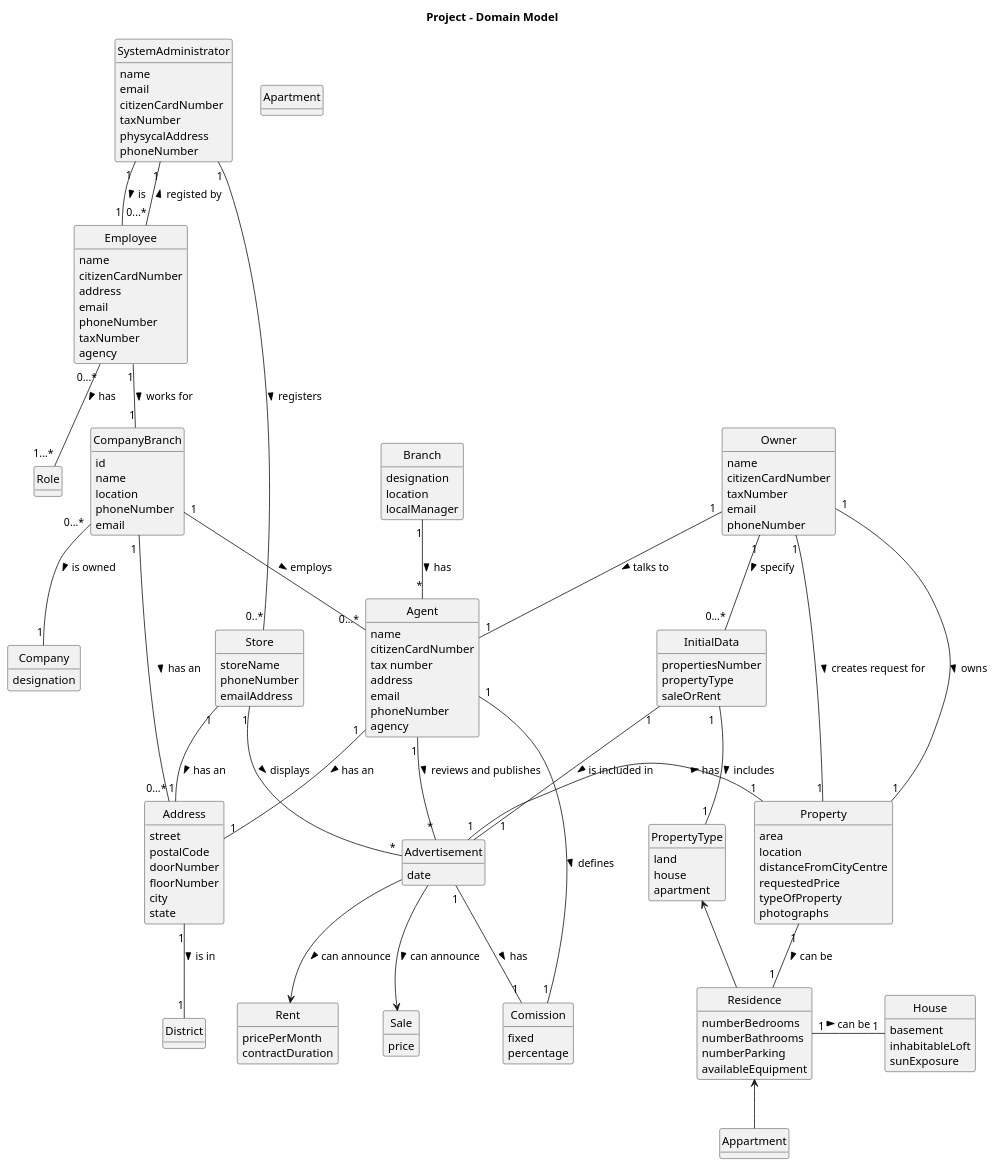
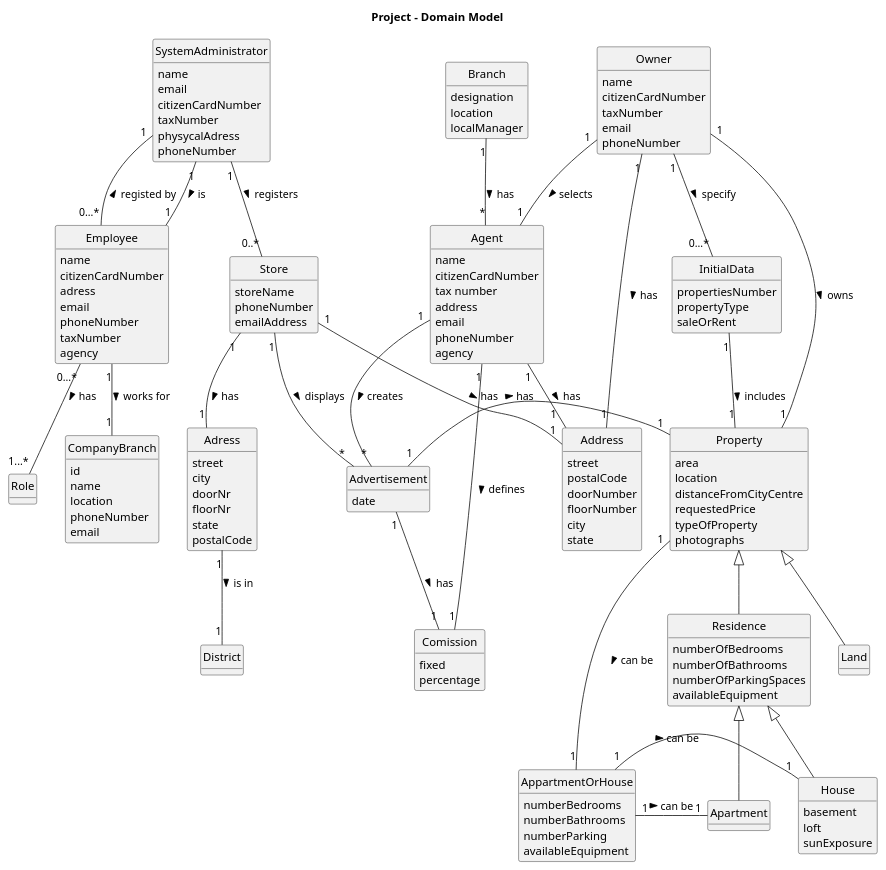
The diagram in docs/sprintA/global-artifacts/02.analysis/puml/project-domain-model.puml (1220812/LAPR2), drawn with PlantUML before and after one commit. The commit also changed 2 other files, not shown here.

```diff
--- a/docs/sprintA/global-artifacts/02.analysis/puml/project-domain-model.puml
+++ b/docs/sprintA/global-artifacts/02.analysis/puml/project-domain-model.puml
@@ -1,196 +1,178 @@
 @startuml
 skinparam monochrome true
 skinparam packageStyle rectangle
 skinparam shadowing false
 
 'left to right direction
 
 skinparam classAttributeIconSize 0
 
 hide circle
 hide methods
 
 title Project - Domain Model
 
+class Adress{
+street
+city
+doorNr
+floorNr
+state
+postalCode
+}
+
 class District {
 }
 
+class Advertisement {
+}
 
+class Store {
+    storeName
+    phoneNumber
+    emailAddress
+}
 class Branch {
     designation
     location
     localManager
 }
 
 class Agent {
     name
     citizenCardNumber
     tax number
     address
     email
     phoneNumber
     agency
 }
 
 class Property {
     area
     location
     distanceFromCityCentre
     requestedPrice
     typeOfProperty
     photographs
 }
+class Residence{
+numberOfBedrooms
+numberOfBathrooms
+numberOfParkingSpaces
+availableEquipment
+}
 
 class Advertisement {
     date
 }
 
-class Residence {
+class AppartmentOrHouse {
     numberBedrooms
     numberBathrooms
     numberParking
     availableEquipment
 }
 
-class House {
-    basement
-    inhabitableLoft
-    sunExposure
-}
-
 class Comission {
     fixed
     percentage
 }
-
 class SystemAdministrator{
   name
   email
   citizenCardNumber
   taxNumber
-  physycalAddress
+  physycalAdress
   phoneNumber
 }
 
 
 class Employee {
     name
     citizenCardNumber
-    address
+    adress
     email
     phoneNumber
     taxNumber
     agency
 }
 
 class CompanyBranch{
 id
 name
 location
 phoneNumber
 email
 }
 
+class Owner{
+name
+citizenCardNumber
+taxNumber
+email
+phoneNumber
+}
+
 class Role{
 }
-
-
-class Store {
-    storeName
-    phoneNumber
-    emailAddress
-}
-
 class Address {
     street
     postalCode
     doorNumber
     floorNumber
     city
     state
 }
-class Owner{
-name
-citizenCardNumber
-taxNumber
-email
-phoneNumber
-}
-
-class Apartment{
-}
-
-class Company{
-designation
-}
-
 class InitialData{
 propertiesNumber
 propertyType
 saleOrRent
 }
-
-class PropertyType{
-land
-house
-apartment
+class House{
+basement
+loft
+sunExposure
 }
 
-class Rent{
-pricePerMonth
-contractDuration
+class Apartment{
+}
+class Land{
 }
 
-class Sale{
-price
-}
-
-CompanyBranch "0...*" -- "1" Company : is owned >
-CompanyBranch "1    " -- "0...*" Agent : employs >
-CompanyBranch "1 " -- "0...*" Address : has an >
 
 SystemAdministrator "1" -- "0..*" Store : registers >
+Store "1" -- "1" Address : has  >
+
 SystemAdministrator "1"--"0...*" Employee: registed by <
 SystemAdministrator "1"--"1" Employee: is >
-
-Store "1" -- "1" Address : has an >
-Store "1"-- "*" Advertisement : displays >
-
 Employee "1"--"1" CompanyBranch: works for >
 Employee "0...*"--"1...*" Role: has >
-
-Agent "1" -- "1  " Address : has an >
-Agent "1" -- "*" Advertisement : reviews and publishes >
+Branch "1" -- "*" Agent : has >
+Agent "1" -- "*" Advertisement : creates >
+Owner "1" -- "1" Property : owns >
+Advertisement "1" - "1" Property : has >
+Property "1" -- "1" AppartmentOrHouse : can be >
+AppartmentOrHouse "1" - "1" House : can be >
+AppartmentOrHouse "1" - "1" Apartment : can be >
+Advertisement "1" -- "1" Comission : has >
 Agent "1" - "1" Comission : defines >
 
+Store "1"-- "*" Advertisement : displays >
+Store "1" -- "1" Adress : has  >
+Adress "1" -- "1" District : is in >
+
+Agent "1" -- "1  " Address : has  >
+
 Owner "1" -- "0...*" InitialData : specify >
-Owner "1" -- "1" Property : creates request for >
-Owner "1" -- "1" Property : owns >
-Owner "1" -- "1" Agent: talks to >
+Owner "1" -- "1" Agent : selects >
+Owner "1" -- "1" Address : has  >
 
-InitialData "1  " -- "1" PropertyType : includes >
-InitialData "1" -- "      1" Advertisement : is included in >
+InitialData "1" -- "1" Property : includes >
 
-PropertyType <-- Residence
+Property <|--  Residence
+Property <|-- Land
 
-Residence <-- Appartment
-
-Advertisement --> Sale : can announce >
-Advertisement --> Rent : can announce >
-Advertisement "1" -- "1" Comission : has >
-Advertisement "1" - "1" Property : has >
-
-Branch "1" -- "*" Agent : has >
-
-Property "1" -- "1" Residence : can be >
-
-Residence "1" - "1" House : can be >
-
-Address "1" -- "1" District : is in >
-
-
-
-
-
-
+Residence <|-- House
+Residence <|-- Apartment
 @enduml
```
